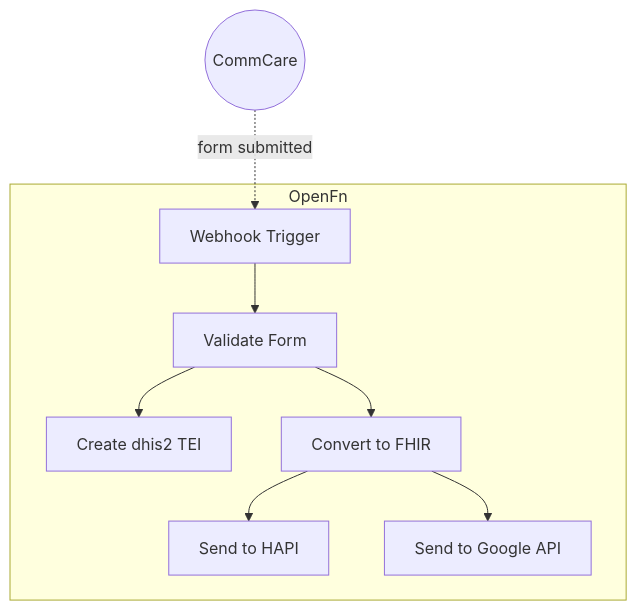
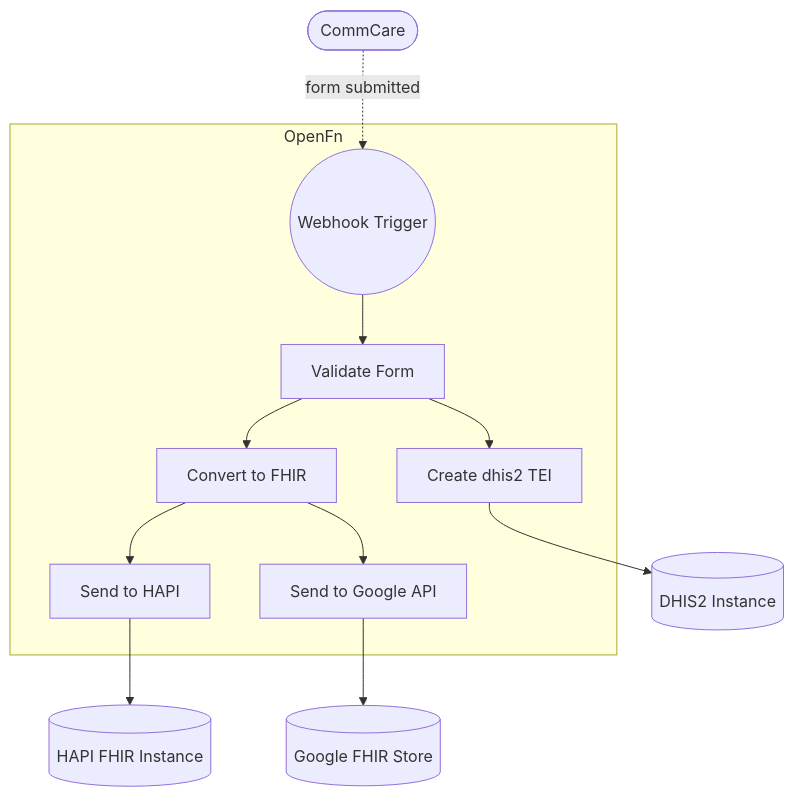
The diagram in README.md (OpenFn/instant-demo), drawn with Mermaid before and after one commit.

Commit message:
update mermaid again

````diff
--- a/README.md
+++ b/README.md
@@ -9,11 +9,14 @@
 ```mermaid
 flowchart TD
-    c((CommCare)) -.->|form submitted| o[Webhook Trigger]
+    c([CommCare]) -.->|form submitted| o((Webhook Trigger))
     subgraph OpenFn
     o --> v[Validate Form]
     v --> d[Create dhis2 TEI]
     v --> f[Convert to FHIR]
     f --> h[Send to HAPI]
     f --> g[Send to Google API]
     end
+    h --> hd[(HAPI FHIR Instance)]
+    g --> gd[(Google FHIR Store)]
+    d --> dd[(DHIS2 Instance)]
 ```
````
